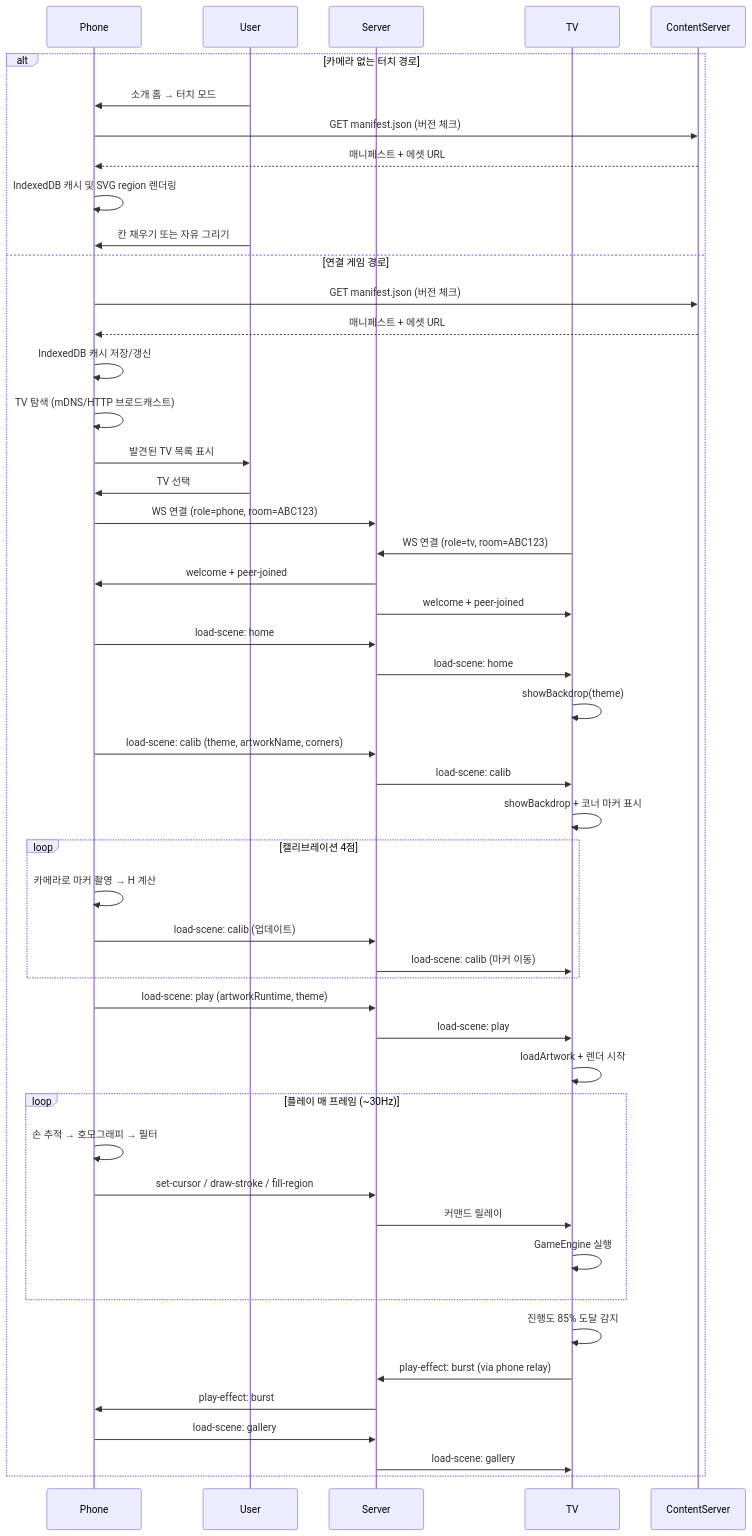
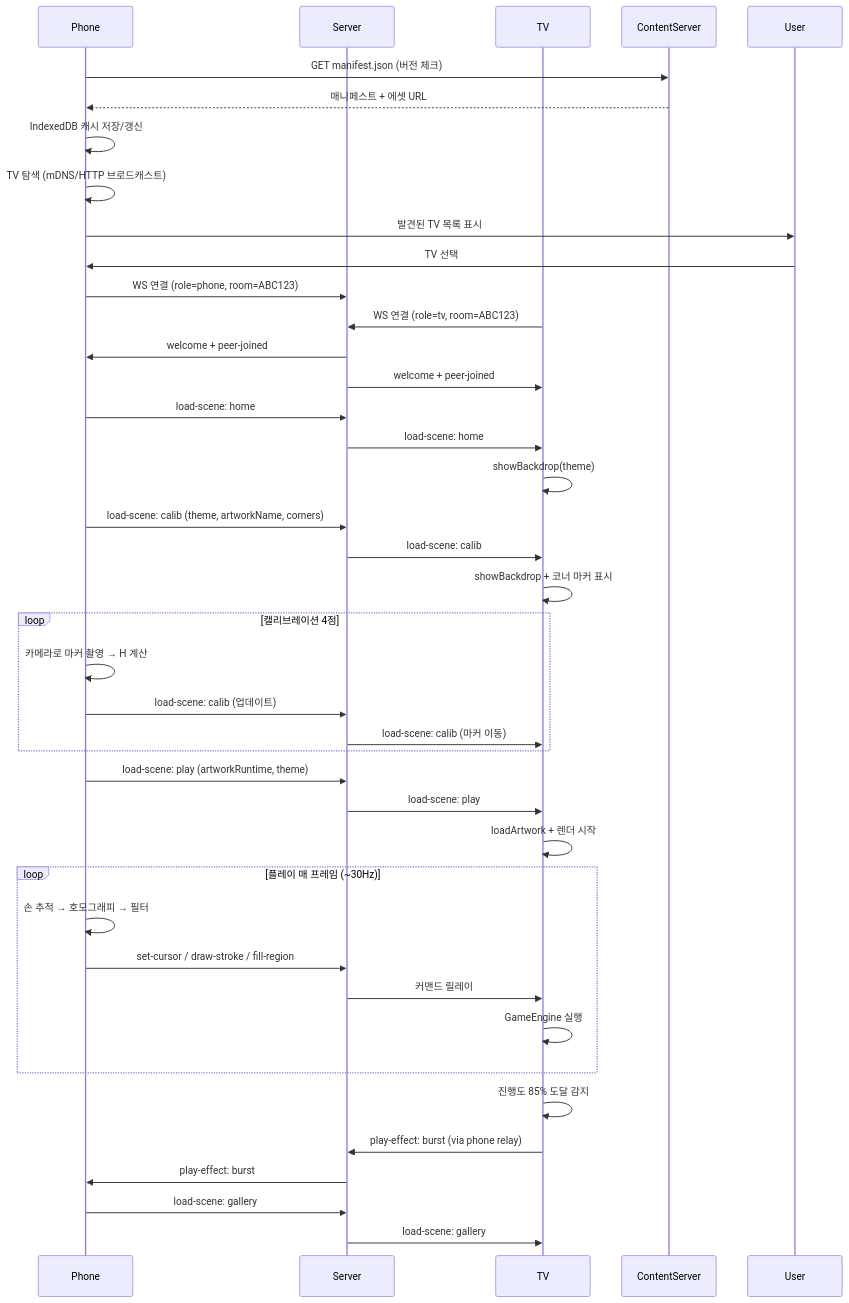
The third of 3 diagrams in docs/architecture.md (devcy0922/aircanvas-kids), drawn with Mermaid before and after one commit. The commit also changed other lines of this file and 145 other files, not shown here.

````diff
--- a/docs/architecture.md
+++ b/docs/architecture.md
@@ -301,59 +189,50 @@
 ```mermaid
 sequenceDiagram
     participant Phone
-    participant User
     participant Server
     participant TV
     participant ContentServer
 
-    alt 카메라 없는 터치 경로
-        User->>Phone: 소개 홈 → 터치 모드
-        Phone->>ContentServer: GET manifest.json (버전 체크)
-        ContentServer-->>Phone: 매니페스트 + 에셋 URL
-        Phone->>Phone: IndexedDB 캐시 및 SVG region 렌더링
-        User->>Phone: 칸 채우기 또는 자유 그리기
-    else 연결 게임 경로
-        Phone->>ContentServer: GET manifest.json (버전 체크)
-        ContentServer-->>Phone: 매니페스트 + 에셋 URL
-        Phone->>Phone: IndexedDB 캐시 저장/갱신
+    Phone->>ContentServer: GET manifest.json (버전 체크)
+    ContentServer-->>Phone: 매니페스트 + 에셋 URL
+    Phone->>Phone: IndexedDB 캐시 저장/갱신
 
-        Phone->>Phone: TV 탐색 (mDNS/HTTP 브로드캐스트)
-        Phone->>User: 발견된 TV 목록 표시
-        User->>Phone: TV 선택
-        Phone->>Server: WS 연결 (role=phone, room=ABC123)
-        TV->>Server: WS 연결 (role=tv, room=ABC123)
-        Server->>Phone: welcome + peer-joined
-        Server->>TV: welcome + peer-joined
+    Phone->>Phone: TV 탐색 (mDNS/HTTP 브로드캐스트)
+    Phone->>User: 발견된 TV 목록 표시
+    User->>Phone: TV 선택
+    Phone->>Server: WS 연결 (role=phone, room=ABC123)
+    TV->>Server: WS 연결 (role=tv, room=ABC123)
+    Server->>Phone: welcome + peer-joined
+    Server->>TV: welcome + peer-joined
 
-        Phone->>Server: load-scene: home
-        Server->>TV: load-scene: home
-        TV->>TV: showBackdrop(theme)
+    Phone->>Server: load-scene: home
+    Server->>TV: load-scene: home
+    TV->>TV: showBackdrop(theme)
 
-        Phone->>Server: load-scene: calib (theme, artworkName, corners)
-        Server->>TV: load-scene: calib
-        TV->>TV: showBackdrop + 코너 마커 표시
+    Phone->>Server: load-scene: calib (theme, artworkName, corners)
+    Server->>TV: load-scene: calib
+    TV->>TV: showBackdrop + 코너 마커 표시
 
-        loop 캘리브레이션 4점
-            Phone->>Phone: 카메라로 마커 촬영 → H 계산
-            Phone->>Server: load-scene: calib (업데이트)
-            Server->>TV: load-scene: calib (마커 이동)
-        end
+    loop 캘리브레이션 4점
+        Phone->>Phone: 카메라로 마커 촬영 → H 계산
+        Phone->>Server: load-scene: calib (업데이트)
+        Server->>TV: load-scene: calib (마커 이동)
+    end
 
-        Phone->>Server: load-scene: play (artworkRuntime, theme)
-        Server->>TV: load-scene: play
-        TV->>TV: loadArtwork + 렌더 시작
+    Phone->>Server: load-scene: play (artworkRuntime, theme)
+    Server->>TV: load-scene: play
+    TV->>TV: loadArtwork + 렌더 시작
 
-        loop 플레이 매 프레임 (~30Hz)
-            Phone->>Phone: 손 추적 → 호모그래피 → 필터
-            Phone->>Server: set-cursor / draw-stroke / fill-region
-            Server->>TV: 커맨드 릴레이
-            TV->>TV: GameEngine 실행
-        end
+    loop 플레이 매 프레임 (~30Hz)
+        Phone->>Phone: 손 추적 → 호모그래피 → 필터
+        Phone->>Server: set-cursor / draw-stroke / fill-region
+        Server->>TV: 커맨드 릴레이
+        TV->>TV: GameEngine 실행
+    end
 
-        TV->>TV: 진행도 85% 도달 감지
-        TV->>Server: play-effect: burst (via phone relay)
-        Server->>Phone: play-effect: burst
-        Phone->>Server: load-scene: gallery
-        Server->>TV: load-scene: gallery
-    end
+    TV->>TV: 진행도 85% 도달 감지
+    TV->>Server: play-effect: burst (via phone relay)
+    Server->>Phone: play-effect: burst
+    Phone->>Server: load-scene: gallery
+    Server->>TV: load-scene: gallery
 ```
````
